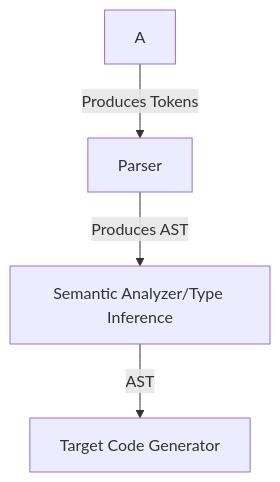
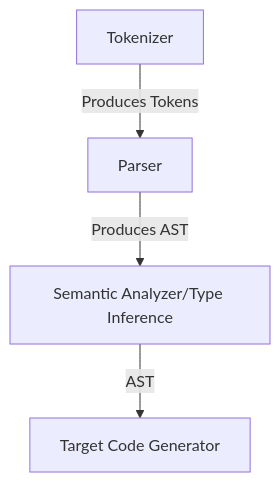
Before and after one commit to amirrezaask/loki: the diagram in README.md, drawn with Mermaid.

````diff
--- a/README.md
+++ b/README.md
@@ -16,6 +16,6 @@
 ```mermaid
 graph TD
-    A --> |Produces Tokens| B[Parser]
-    B --> |Produces AST| C[Semantic Analyzer/Type Inference]
+    A[Tokenizer] --> |Produces Tokens| B[Parser]
+    B[Parser] --> |Produces AST| C[Semantic Analyzer/Type Inference]
     C --> |AST| D[Target Code Generator]                    
 ```
````
